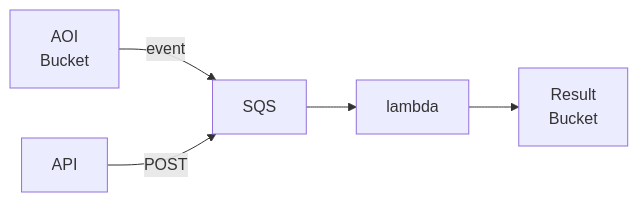
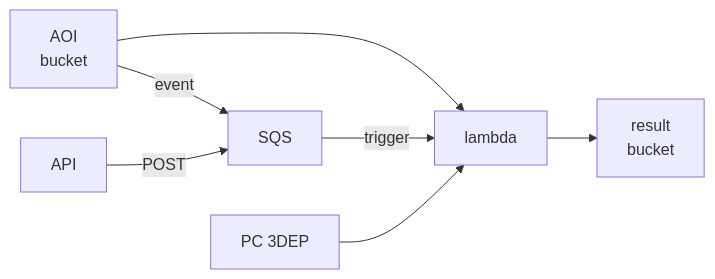
The third of 3 diagrams in aws/api.md (pjhartzell/CODEM), drawn with Mermaid before and after one commit. The commit also changed other lines of this file, not shown here.

````diff
--- a/aws/api.md
+++ b/aws/api.md
@@ -29,7 +27,9 @@
 ```mermaid
 flowchart LR
-    S3_AOI["AOI <br> Bucket"]-- event -->SQS
-    API["API"]-- POST -->SQS
-    SQS-->lambda
-    lambda-->S3_RESULT["Result <br> Bucket"]
+    id1["AOI <br> bucket"]--event-->SQS
+    id1-->lambda
+    id2["API"]--POST-->SQS
+    SQS--trigger-->lambda
+    lambda-->id3["result <br> bucket"]
+    id4["PC 3DEP"]-->lambda
 ```
````
